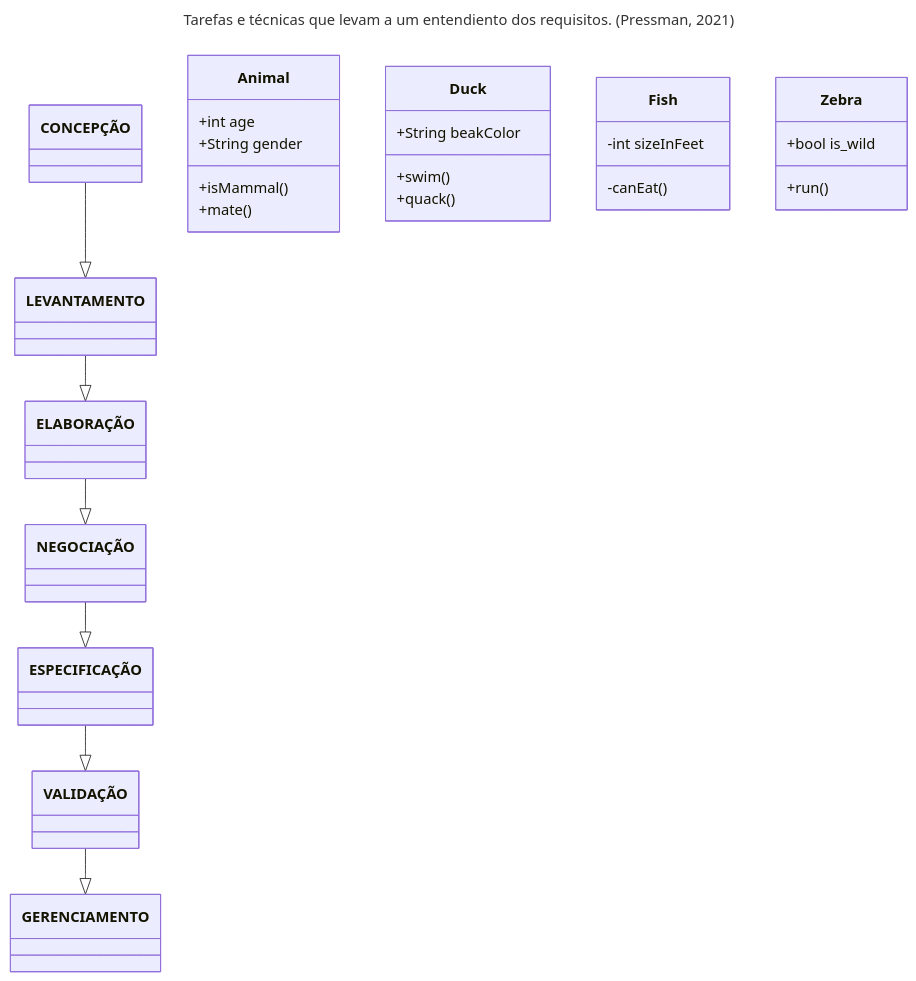
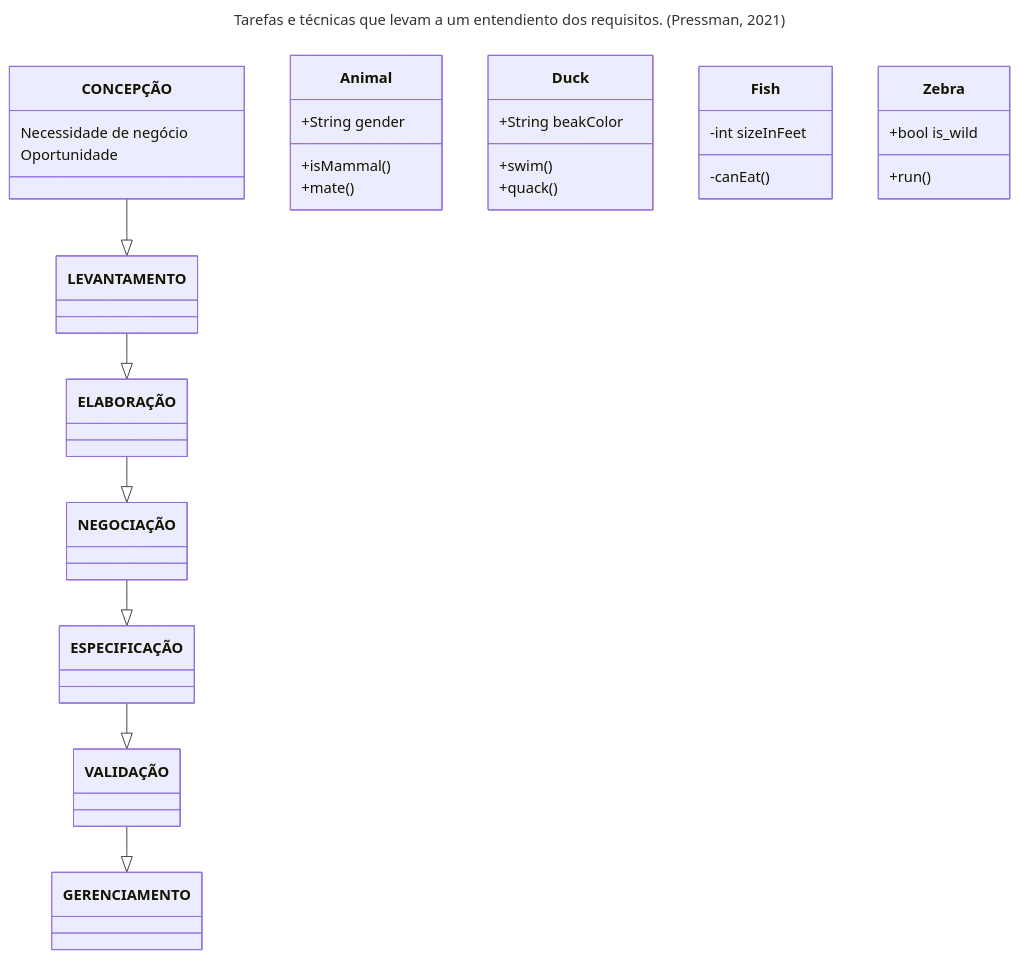
The second of 2 diagrams in Engenharia e Requisitos de Software/Aula 06 - 26.03.25.md (ericmds/3-Semestre), drawn with Mermaid before and after one commit.

Commit message:
Update Aula 06 - 26.03.25.md

````diff
--- a/Engenharia e Requisitos de Software/Aula 06 - 26.03.25.md
+++ b/Engenharia e Requisitos de Software/Aula 06 - 26.03.25.md
@@ -30,29 +30,30 @@
   ```mermaid
   ---
   title: Tarefas e técnicas que levam a um entendiento dos requisitos. (Pressman, 2021)
   ---
   classDiagram
       CONCEPÇÃO --|> LEVANTAMENTO
       LEVANTAMENTO --|> ELABORAÇÃO
       ELABORAÇÃO --|> NEGOCIAÇÃO
       NEGOCIAÇÃO --|> ESPECIFICAÇÃO
       ESPECIFICAÇÃO --|> VALIDAÇÃO
       VALIDAÇÃO --|> GERENCIAMENTO
-      Animal : +int age
+      CONCEPÇÃO : Necessidade de negócio
+      CONCEPÇÃO : Oportunidade
       Animal : +String gender
       Animal: +isMammal()
       Animal: +mate()
       class Duck{
           +String beakColor
           +swim()
           +quack()
       }
       class Fish{
           -int sizeInFeet
           -canEat()
       }
       class Zebra{
           +bool is_wild
           +run()
       }
   ```
````
